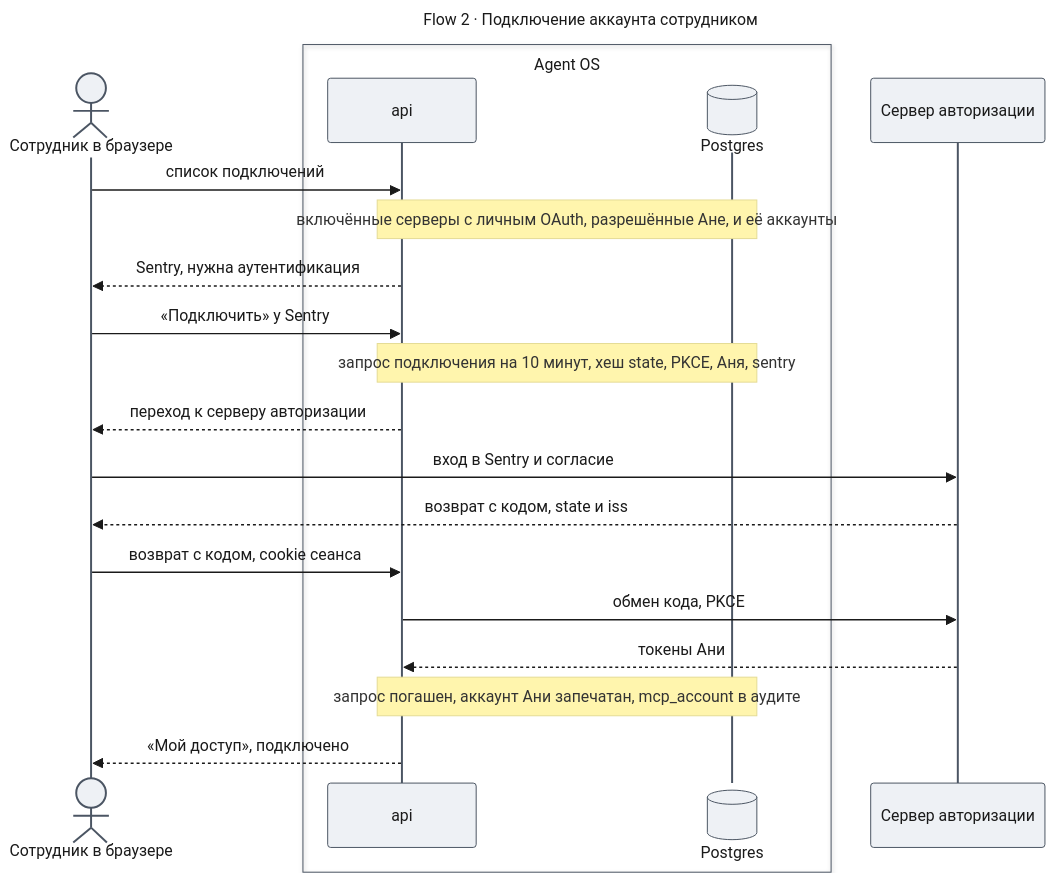
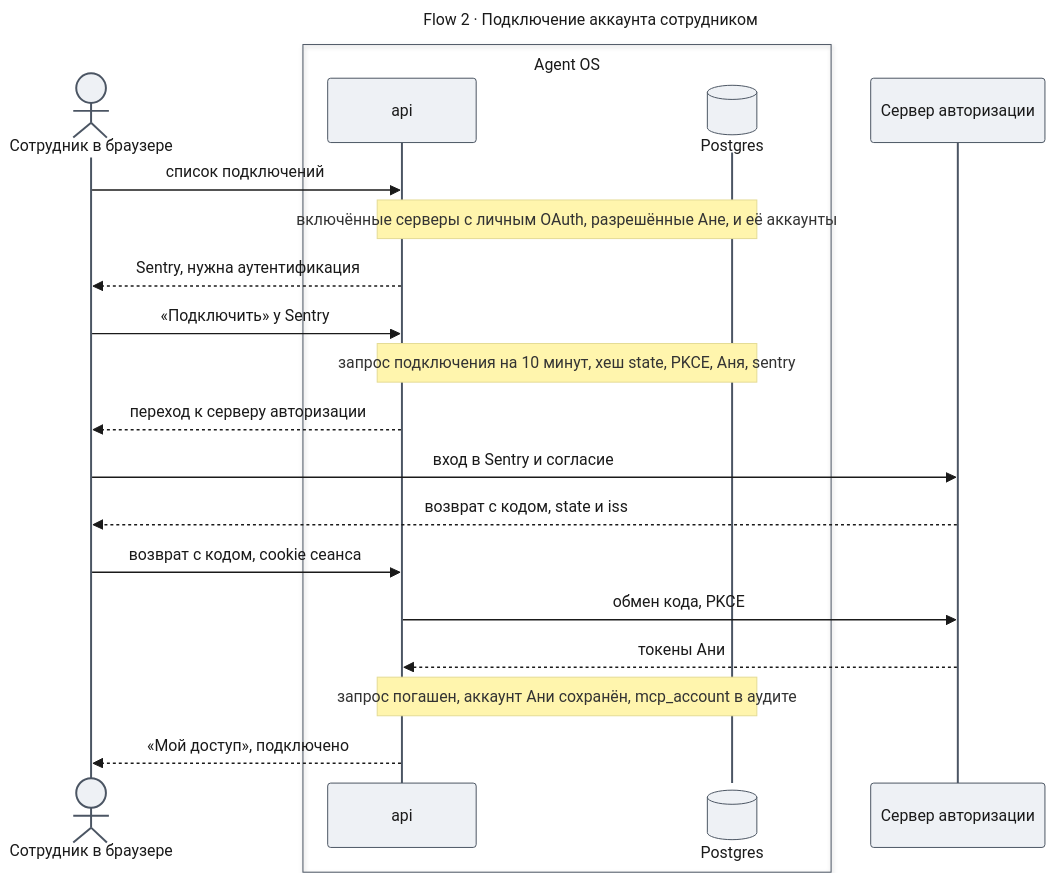
One commit to tundraray/agent-os changed the seventh of 9 diagrams in docs/features/enterprise-access/design-mcp-connect.md. Above: the diagram before and after it, drawn with Mermaid. The commit also changed other lines of this file and 4 other files, not shown here.

````diff
--- a/docs/features/enterprise-access/design-mcp-connect.md
+++ b/docs/features/enterprise-access/design-mcp-connect.md
@@ -568,46 +564,46 @@
 ```mermaid
 ---
 title: "Flow 2 · Подключение аккаунта сотрудником"
 config:
   theme: base
   look: classic
   themeVariables:
     primaryColor: "#eef1f5"
     primaryBorderColor: "#4b5563"
     primaryTextColor: "#1a1a1a"
     lineColor: "#6b7280"
   themeCSS: |
     @keyframes lit_mf2{0%,9%{stroke:#991b1b;stroke-width:6px}10%,100%{stroke:#37474f;stroke-width:2px}}
     @keyframes litr_mf2{0%,9%{stroke:#1d4ed8;stroke-width:6px}10%,100%{stroke:#37474f;stroke-width:2px}}
     .messageLine0[data-id='i0'],.messageLine1[data-id='i0']{animation:lit_mf2 12s linear 0s infinite}
     .messageLine0[data-id='i2'],.messageLine1[data-id='i2']{animation:litr_mf2 12s linear 1.2s infinite}
     .messageLine0[data-id='i3'],.messageLine1[data-id='i3']{animation:lit_mf2 12s linear 2.4s infinite}
     .messageLine0[data-id='i5'],.messageLine1[data-id='i5']{animation:litr_mf2 12s linear 3.6s infinite}
     .messageLine0[data-id='i6'],.messageLine1[data-id='i6']{animation:lit_mf2 12s linear 4.8s infinite}
     .messageLine0[data-id='i7'],.messageLine1[data-id='i7']{animation:litr_mf2 12s linear 6s infinite}
     .messageLine0[data-id='i8'],.messageLine1[data-id='i8']{animation:lit_mf2 12s linear 7.2s infinite}
     .messageLine0[data-id='i9'],.messageLine1[data-id='i9']{animation:lit_mf2 12s linear 8.4s infinite}
     .messageLine0[data-id='i10'],.messageLine1[data-id='i10']{animation:litr_mf2 12s linear 9.6s infinite}
     .messageLine0[data-id='i12'],.messageLine1[data-id='i12']{animation:litr_mf2 12s linear 10.8s infinite}
 ---
 sequenceDiagram
     actor U as Сотрудник в браузере
     box Agent OS
     participant A as api
     participant DB@{ "type": "database" } as Postgres
     end
     participant S as Сервер авторизации
     U->>A: список подключений
     Note over A,DB: включённые серверы с личным OAuth, разрешённые Ане, и её аккаунты
     A-->>U: Sentry, нужна аутентификация
     U->>A: «Подключить» у Sentry
     Note over A,DB: запрос подключения на 10 минут, хеш state, PKCE, Аня, sentry
     A-->>U: переход к серверу авторизации
     U->>S: вход в Sentry и согласие
     S-->>U: возврат с кодом, state и iss
     U->>A: возврат с кодом, cookie сеанса
     A->>S: обмен кода, PKCE
     S-->>A: токены Ани
-    Note over A,DB: запрос погашен, аккаунт Ани запечатан, mcp_account в аудите
+    Note over A,DB: запрос погашен, аккаунт Ани сохранён, mcp_account в аудите
     A-->>U: «Мой доступ», подключено
 ```
````
